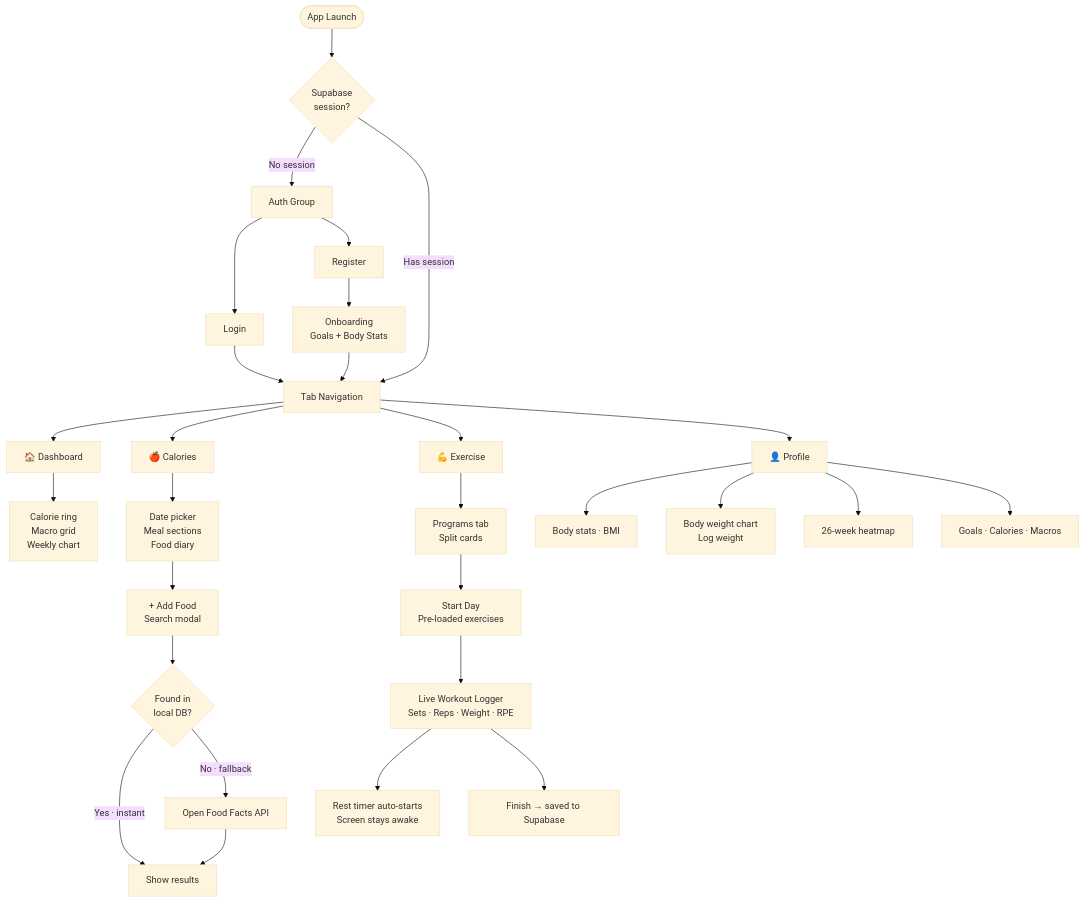
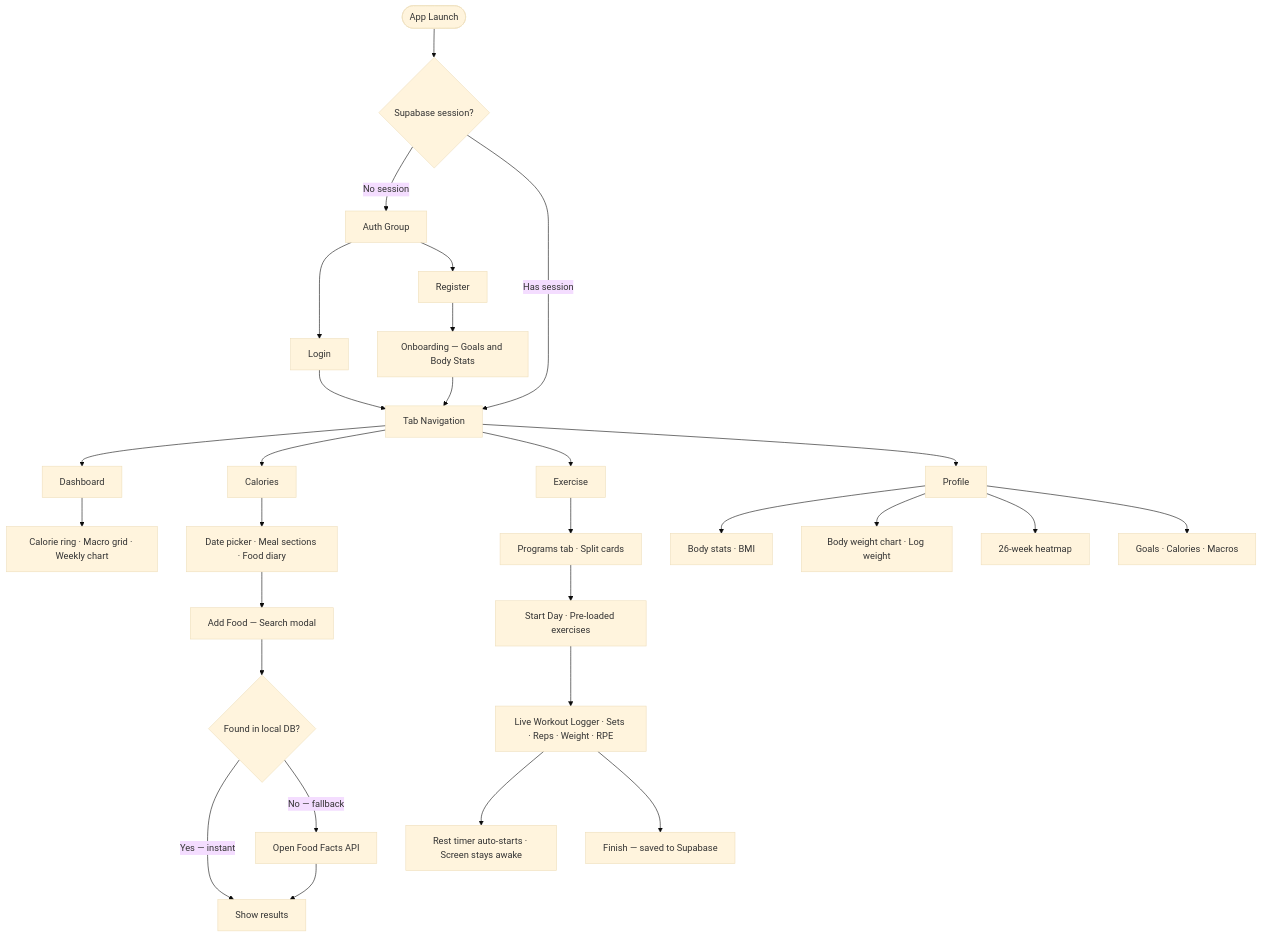
The second of 5 diagrams in README.md (cvm101/FitGuru), drawn with Mermaid (base theme) before and after one commit. The commit also changed other lines of this file, not shown here.

Commit message:
Updating Flow Search Flow in Readme

````diff
--- a/README.md
+++ b/README.md
@@ -96,37 +96,37 @@
 ```mermaid
 flowchart TD
-    Launch([App Launch]) --> AuthGate{Supabase\nsession?}
+    Launch([App Launch]) --> AuthGate{Supabase session?}
 
     AuthGate -->|No session| AuthGroup["Auth Group"]
     AuthGroup --> Login["Login"]
     AuthGroup --> Register["Register"]
-    Register --> Onboarding["Onboarding\nGoals + Body Stats"]
+    Register --> Onboarding["Onboarding — Goals and Body Stats"]
     Login & Onboarding --> TabGroup
 
     AuthGate -->|Has session| TabGroup["Tab Navigation"]
 
-    TabGroup --> T1["🏠 Dashboard"]
-    TabGroup --> T2["🍎 Calories"]
-    TabGroup --> T3["💪 Exercise"]
-    TabGroup --> T4["👤 Profile"]
+    TabGroup --> T1["Dashboard"]
+    TabGroup --> T2["Calories"]
+    TabGroup --> T3["Exercise"]
+    TabGroup --> T4["Profile"]
 
-    T1 --> D1["Calorie ring\nMacro grid\nWeekly chart"]
+    T1 --> D1["Calorie ring · Macro grid · Weekly chart"]
 
-    T2 --> C1["Date picker\nMeal sections\nFood diary"]
-    C1 --> C2["+ Add Food\nSearch modal"]
-    C2 --> C3{"Found in\nlocal DB?"}
-    C3 -->|"Yes · instant"| C4["Show results"]
-    C3 -->|"No · fallback"| C5["Open Food Facts API"]
+    T2 --> C1["Date picker · Meal sections · Food diary"]
+    C1 --> C2["Add Food — Search modal"]
+    C2 --> C3{"Found in local DB?"}
+    C3 -->|"Yes — instant"| C4["Show results"]
+    C3 -->|"No — fallback"| C5["Open Food Facts API"]
     C5 --> C4
 
-    T3 --> E1["Programs tab\nSplit cards"]
-    E1 --> E2["Start Day\nPre-loaded exercises"]
-    E2 --> E3["Live Workout Logger\nSets · Reps · Weight · RPE"]
-    E3 --> E4["Rest timer auto-starts\nScreen stays awake"]
-    E3 --> E5["Finish → saved to Supabase"]
+    T3 --> E1["Programs tab · Split cards"]
+    E1 --> E2["Start Day · Pre-loaded exercises"]
+    E2 --> E3["Live Workout Logger · Sets · Reps · Weight · RPE"]
+    E3 --> E4["Rest timer auto-starts · Screen stays awake"]
+    E3 --> E5["Finish — saved to Supabase"]
 
     T4 --> P1["Body stats · BMI"]
-    T4 --> P2["Body weight chart\nLog weight"]
+    T4 --> P2["Body weight chart · Log weight"]
     T4 --> P3["26-week heatmap"]
     T4 --> P4["Goals · Calories · Macros"]
 ```
````
